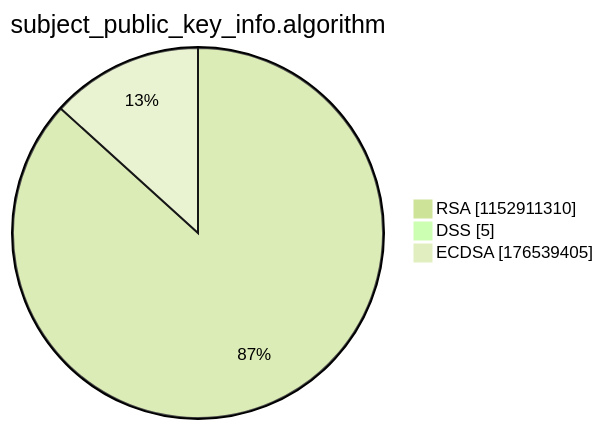
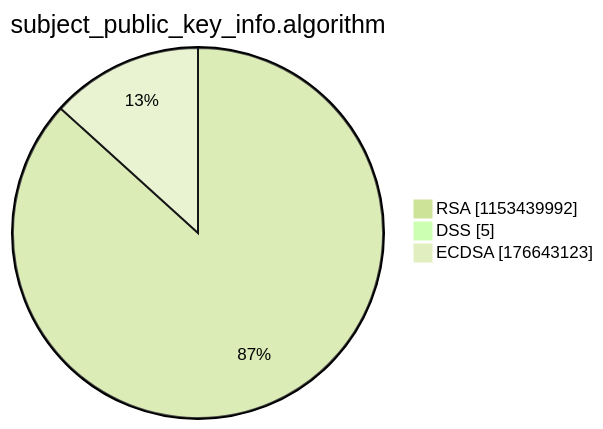
One commit to christiankrug/ctmonitor_visualization changed the third of 15 diagrams in argon2022/README.md. Above: the diagram before and after it, drawn with Mermaid (forest theme). The commit also changed other lines of this file, not shown here.

````diff
--- a/argon2022/README.md
+++ b/argon2022/README.md
@@ -14,7 +14,7 @@
 ```mermaid
 pie showData
 title subject_public_key_info.algorithm
-"RSA" :1152911310
+"RSA" :1153439992
 "DSS" :5
-"ECDSA" :176539405
+"ECDSA" :176643123
 ```
````
